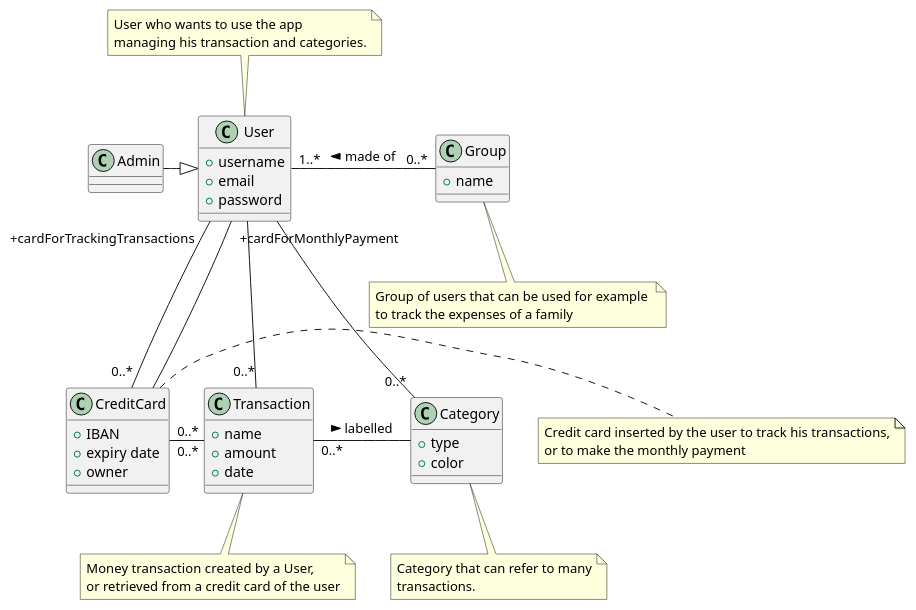
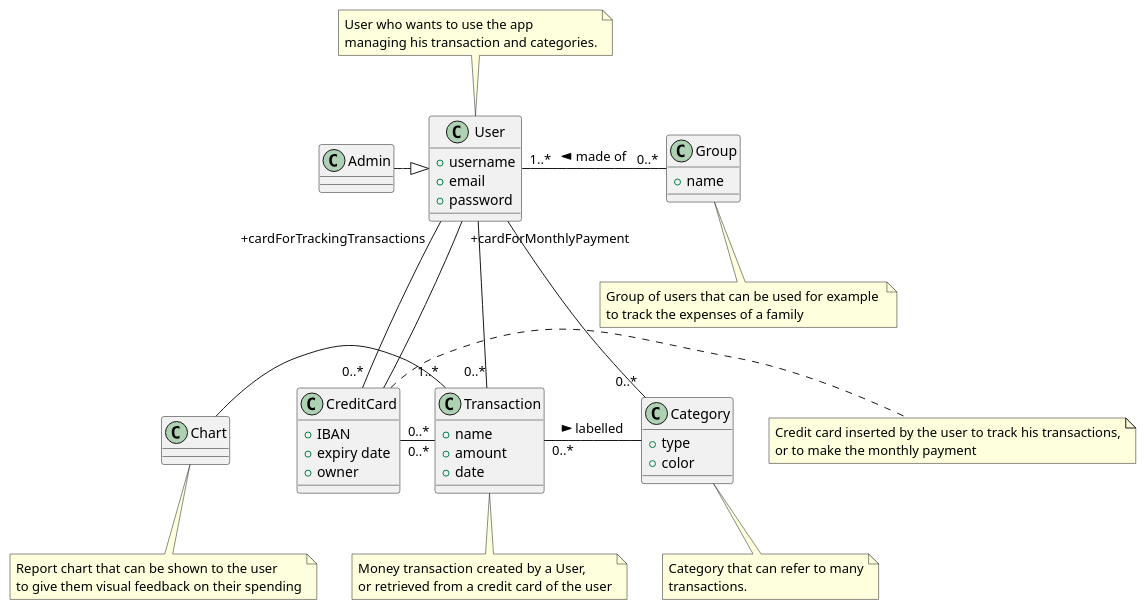
The third of 5 diagrams in RequirementsDocumentV2.md (lara-m2000/ezwallet), drawn with PlantUML before and after one commit. The commit also changed other lines of this file, not shown here.

Commit message:
docs: updated glossary

```diff
--- a/RequirementsDocumentV2.md
+++ b/RequirementsDocumentV2.md
@@ -1050,6 +1049,13 @@
 to track the expenses of a family
 endnote
 
+class Chart {
+
+}
+note bottom of Chart
+Report chart that can be shown to the user
+to give them visual feedback on their spending
+endnote
 Transaction "0..*" - Category : labelled >
 
 
@@ -1066,6 +1072,8 @@
 
 User - "0..*" Category
 
+Chart - "1..*" Transaction
+
 
 
 
```
